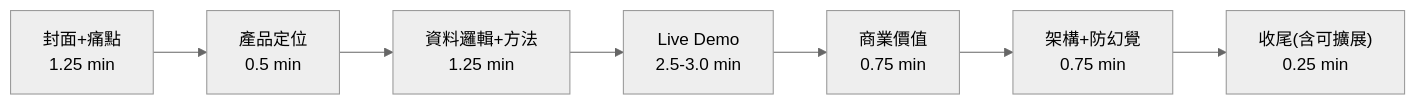
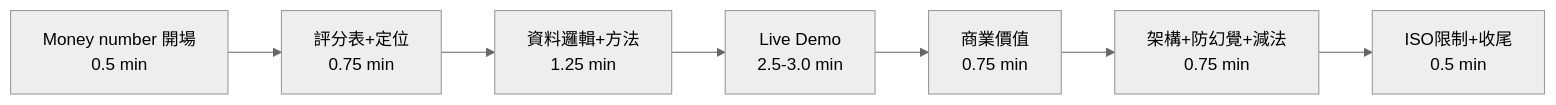
One commit to wsx5031060310guy/fleetmind-yang-ming-hackathon changed the diagram in docs/10-presentation-plan.md. Above: the diagram before and after it, drawn with Mermaid (neutral theme). The commit also changed other lines of this file and 18 other files, not shown here.

````diff
--- a/docs/10-presentation-plan.md
+++ b/docs/10-presentation-plan.md
@@ -13,9 +11,9 @@
 ```mermaid
 flowchart LR
-  A["封面+痛點<br/>1.25 min"] --> B["產品定位<br/>0.5 min"]
+  A["Money number 開場<br/>0.5 min"] --> B["評分表+定位<br/>0.75 min"]
   B --> C["資料邏輯+方法<br/>1.25 min"]
   C --> D["Live Demo<br/>2.5-3.0 min"]
   D --> E["商業價值<br/>0.75 min"]
-  E --> F["架構+防幻覺<br/>0.75 min"]
-  F --> G["收尾(含可擴展)<br/>0.25 min"]
+  E --> F["架構+防幻覺+減法<br/>0.75 min"]
+  F --> G["ISO限制+收尾<br/>0.5 min"]
 ```
````
